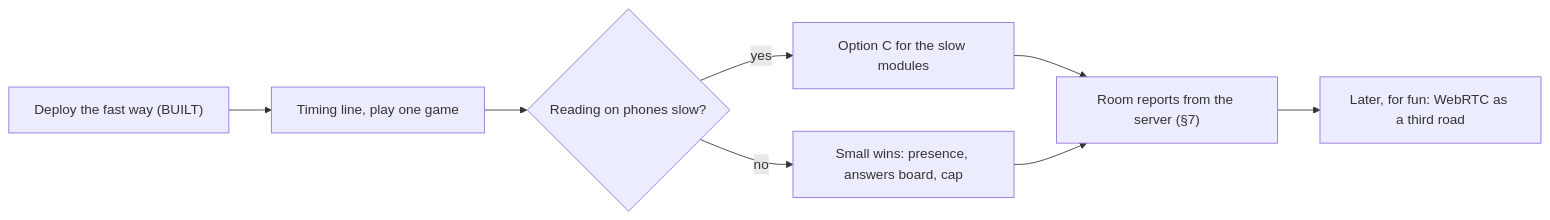
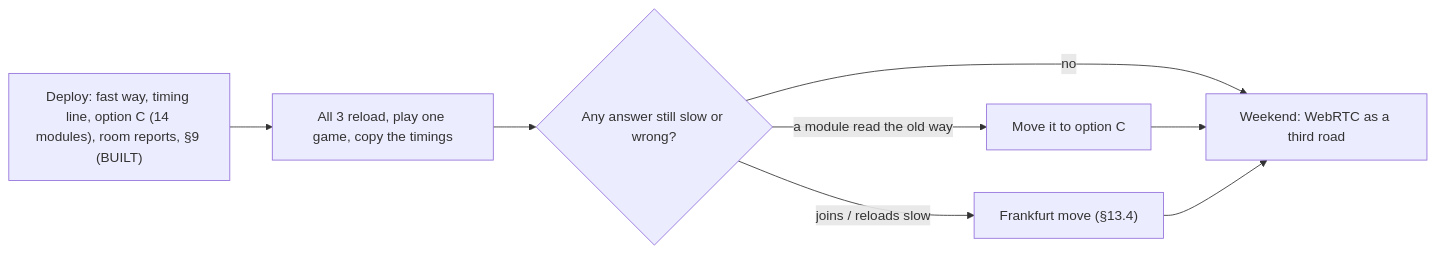
The eighth of 9 diagrams in docs/rooms-architecture.md (Mann-Upadhyay-12/Bomb), drawn with Mermaid before and after one commit. The commit also changed other lines of this file and 70 other files, not shown here.

````diff
--- a/docs/rooms-architecture.md
+++ b/docs/rooms-architecture.md
@@ -392,10 +404,10 @@
 ```mermaid
 flowchart LR
-  A["Deploy the fast way (BUILT)"] --> B["Timing line, play one game"]
-  B --> C{"Reading on phones slow?"}
-  C -- yes --> D["Option C for the slow modules"]
-  C -- no --> E["Small wins: presence, answers board, cap"]
-  D --> F["Room reports from the server (§7)"]
-  E --> F
-  F --> G["Later, for fun: WebRTC as a third road"]
+  A["Deploy: fast way, timing line, option C (14 modules), room reports, §9 (BUILT)"] --> B["All 3 reload, play one game, copy the timings"]
+  B --> C{"Any answer still slow or wrong?"}
+  C -- "a module read the old way" --> D["Move it to option C"]
+  C -- "joins / reloads slow" --> E["Frankfurt move (§13.4)"]
+  C -- no --> G["Weekend: WebRTC as a third road"]
+  D --> G
+  E --> G
 ```
````
